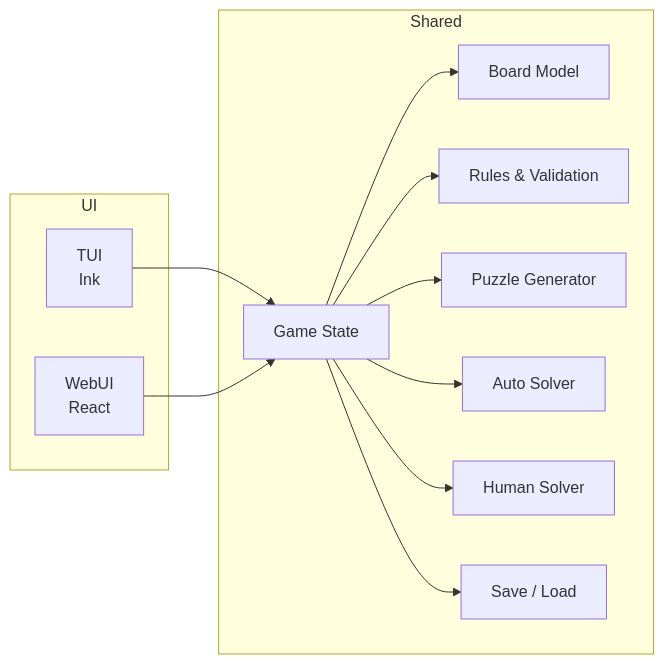
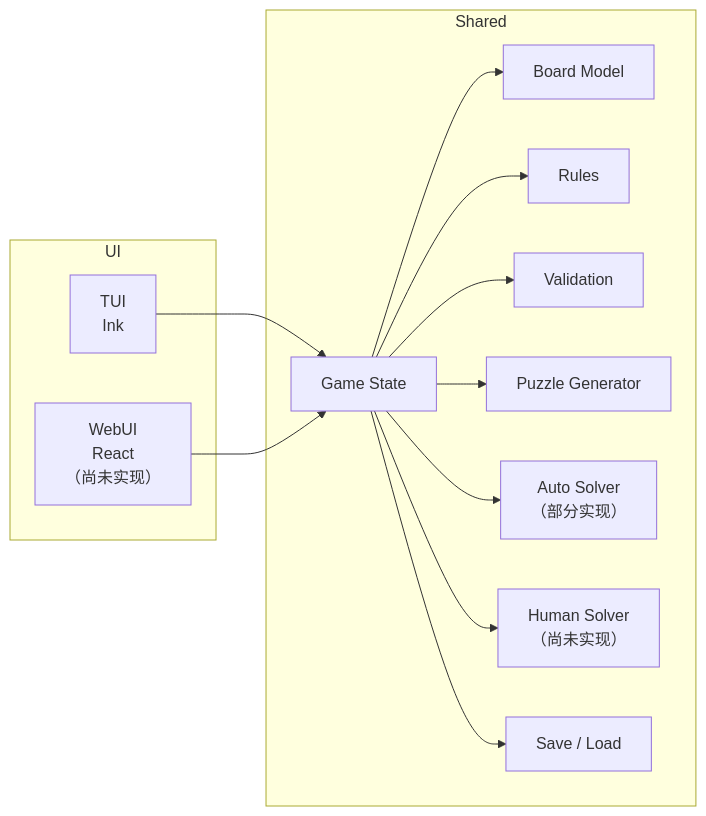
The diagram in docs/DEV.md (Juemuren/sudoku), drawn with Mermaid before and after one commit. The commit also changed other lines of this file and 13 other files, not shown here.

````diff
--- a/docs/DEV.md
+++ b/docs/DEV.md
@@ -18,27 +25,29 @@
 ```mermaid
 flowchart LR
   subgraph UI[UI]
     TUI[TUI<br>Ink]
-    WEBUI[WebUI<br>React]
+    WEBUI[WebUI<br>React<br>（尚未实现）]
   end
 
   subgraph Shared[Shared]
     STATE[Game State]
     BOARD[Board Model]
-    RULES[Rules & Validation]
+    RULES[Rules]
+    VAL[Validation]
     GEN[Puzzle Generator]
-    AUTO[Auto Solver]
-    HUMAN[Human Solver]
+    AUTO[Auto Solver<br>（部分实现）]
+    HUMAN[Human Solver<br>（尚未实现）]
     STORE[Save / Load]
   end
 
   TUI --> STATE
   WEBUI --> STATE
 
   STATE --> BOARD
   STATE --> RULES
+  STATE --> VAL
   STATE --> GEN
   STATE --> AUTO
   STATE --> HUMAN
   STATE --> STORE
 ```
````
